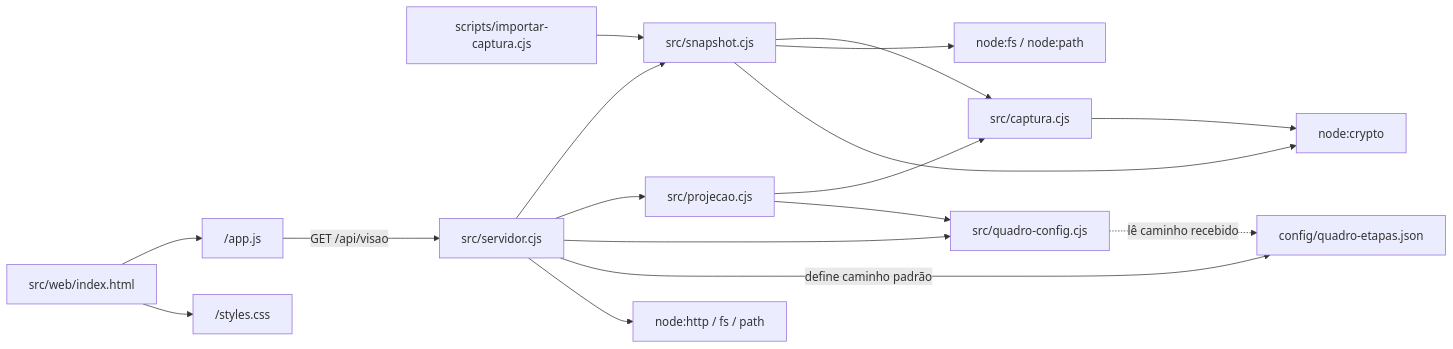
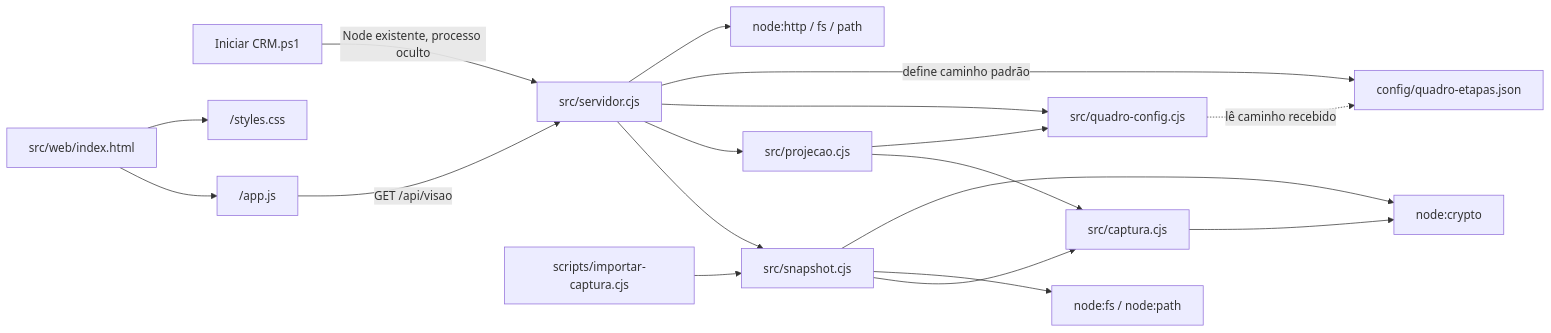
The first of 4 diagrams in docs/architecture.md (Browsher/crm-social), drawn with Mermaid before and after one commit. The commit also changed other lines of this file and 29 other files, not shown here.

````diff
--- a/docs/architecture.md
+++ b/docs/architecture.md
@@ -9,19 +9,20 @@
 ```mermaid
 flowchart LR
+  Iniciador["Iniciar CRM.ps1"] -->|Node existente, processo oculto| Server
   CLI["scripts/importar-captura.cjs"] --> Snapshot["src/snapshot.cjs"]
   Snapshot --> Captura["src/captura.cjs"]
   Server["src/servidor.cjs"] --> Snapshot
   Server --> Projecao["src/projecao.cjs"]
   Server --> Quadro["src/quadro-config.cjs"]
   Projecao --> Captura
   Projecao --> Quadro
   Server -->|define caminho padrão| Config["config/quadro-etapas.json"]
   Quadro -.->|lê caminho recebido| Config
   HTML["src/web/index.html"] --> JS["/app.js"]
   HTML --> CSS["/styles.css"]
   JS -->|GET /api/visao| Server
   Snapshot --> FS["node:fs / node:path"]
   Captura --> Crypto["node:crypto"]
   Snapshot --> Crypto
   Server --> HTTP["node:http / fs / path"]
 ```
````
